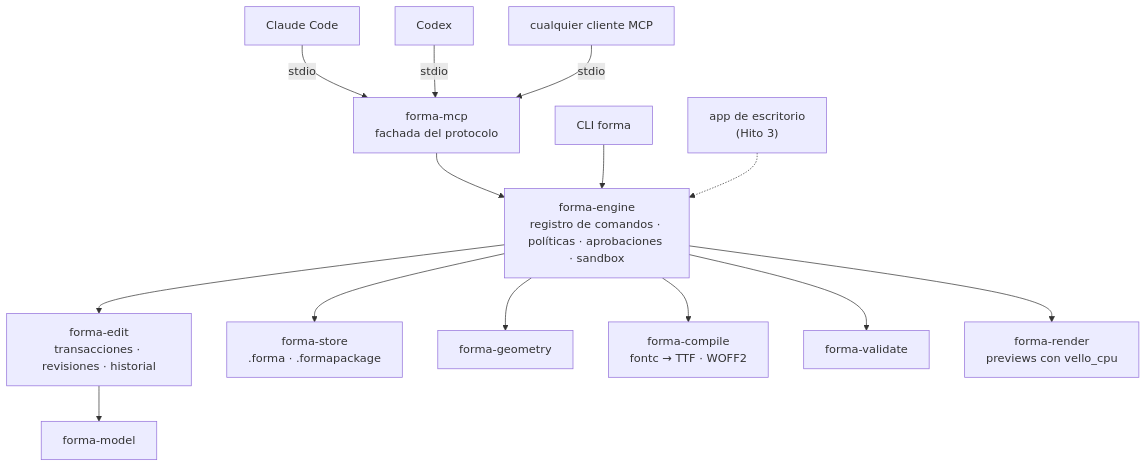
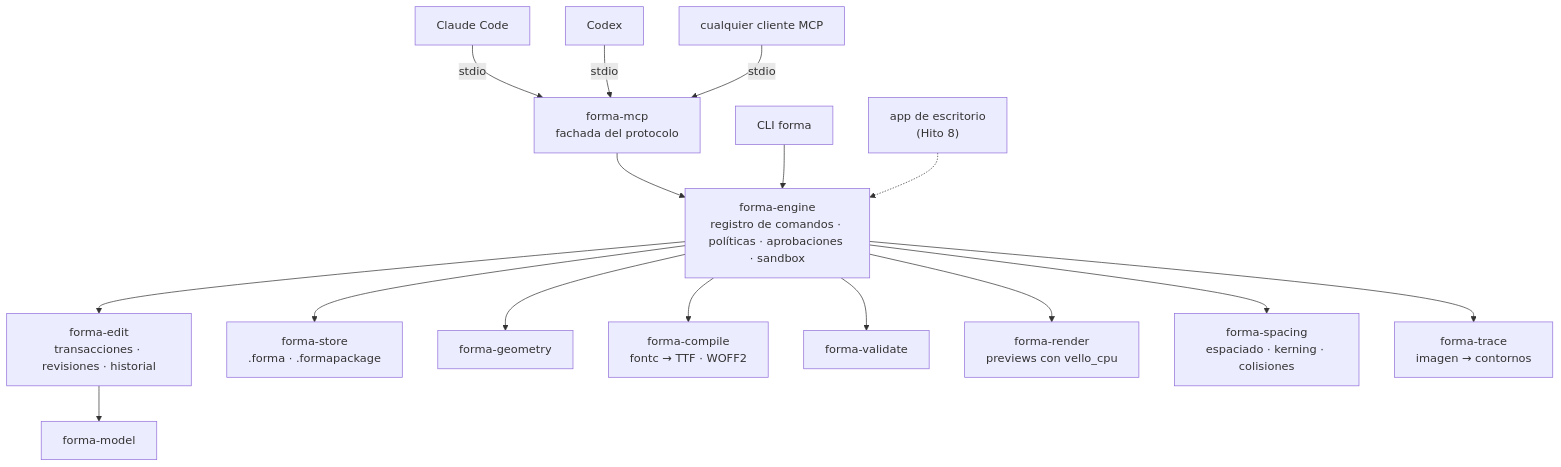
One commit to luisfarfan/forma changed the first of 2 diagrams in README.es.md. Above: the diagram before and after it, drawn with Mermaid. The commit also changed other lines of this file and 6 other files, not shown here.

First line of the commit message:
docs: milestone 2 tools, architecture, guides and README

````diff
--- a/README.es.md
+++ b/README.es.md
@@ -125,16 +125,18 @@
 ```mermaid
 flowchart TB
   CC["Claude Code"] -->|stdio| MCP
   CX["Codex"] -->|stdio| MCP
   ANY["cualquier cliente MCP"] -->|stdio| MCP
   MCP["forma-mcp<br/>fachada del protocolo"] --> ENG
   CLI["CLI forma"] --> ENG
-  APP["app de escritorio<br/>(Hito 3)"] -.-> ENG
+  APP["app de escritorio<br/>(Hito 8)"] -.-> ENG
   ENG["forma-engine<br/>registro de comandos · políticas · aprobaciones · sandbox"] --> EDIT["forma-edit<br/>transacciones · revisiones · historial"]
   EDIT --> MODEL["forma-model"]
   ENG --> STORE["forma-store<br/>.forma · .formapackage"]
   ENG --> GEO["forma-geometry"]
   ENG --> COMP["forma-compile<br/>fontc → TTF · WOFF2"]
   ENG --> VAL["forma-validate"]
   ENG --> REND["forma-render<br/>previews con vello_cpu"]
+  ENG --> SPC["forma-spacing<br/>espaciado · kerning · colisiones"]
+  ENG --> TRC["forma-trace<br/>imagen → contornos"]
 ```
````
